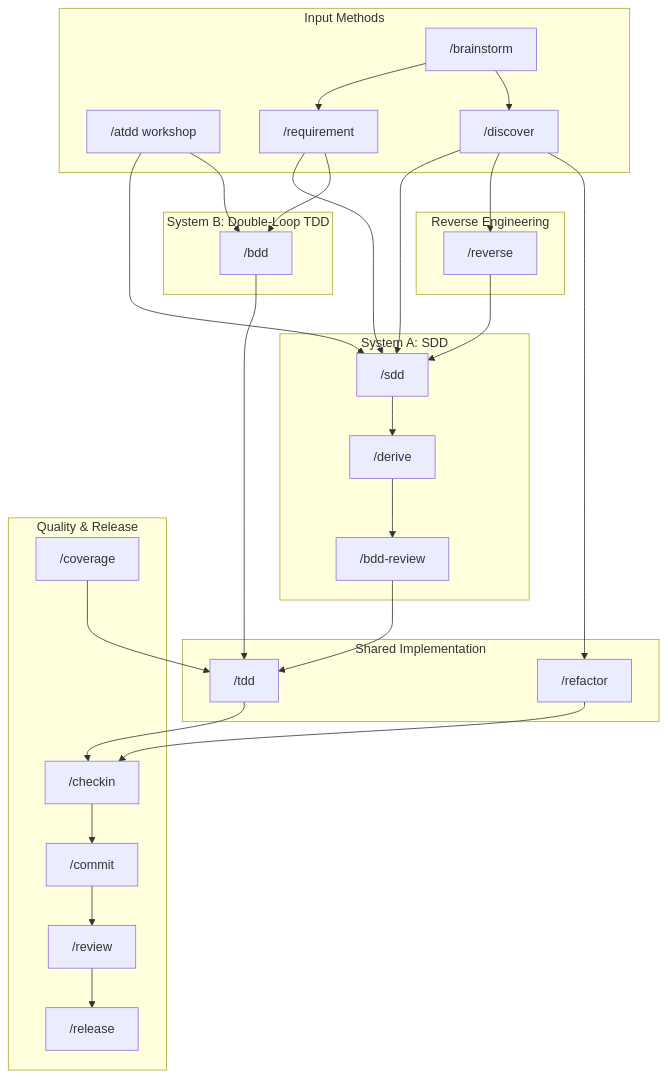
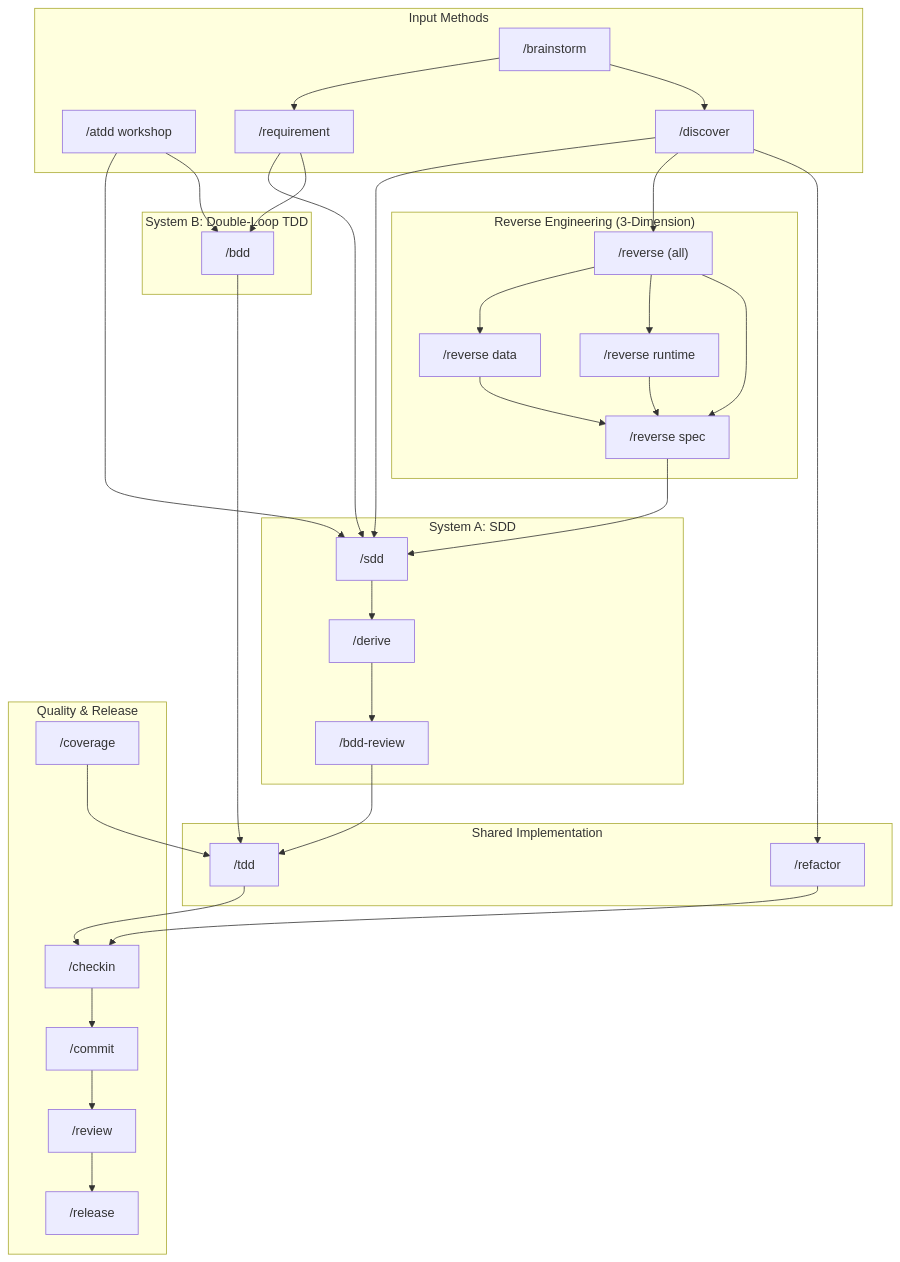
The diagram in docs/WORKFLOW-ANALYSIS.md (AsiaOstrich/universal-dev-standards), drawn with Mermaid before and after one commit. The commit also changed other lines of this file, not shown here.

Commit message:
docs(reverse): expand Mermaid diagram with 3-dimension reverse engineering sub-nodes
Align WORKFLOW-ANALYSIS.md visualization with the 3-dimension system
archeology model: /reverse (all), /reverse data, /reverse runtime,
/reverse spec. Update data flow arrows (data→spec, runtime→spec→sdd).

````diff
--- a/docs/WORKFLOW-ANALYSIS.md
+++ b/docs/WORKFLOW-ANALYSIS.md
@@ -104,62 +104,70 @@
 ```mermaid
 graph TD
     subgraph "Input Methods"
         ATDD["/atdd workshop"]
         REQ["/requirement"]
         BRAIN["/brainstorm"]
         DISC["/discover"]
     end
 
     subgraph "System A: SDD"
         SDD["/sdd"]
         DERIVE["/derive"]
         BDDREV["/bdd-review"]
     end
 
     subgraph "System B: Double-Loop TDD"
         BDD["/bdd"]
     end
 
     subgraph "Shared Implementation"
         TDD["/tdd"]
         REFACTOR["/refactor"]
     end
 
     subgraph "Quality & Release"
         CHECKIN["/checkin"]
         COMMIT["/commit"]
         REVIEW["/review"]
         RELEASE["/release"]
         COV["/coverage"]
     end
 
-    subgraph "Reverse Engineering"
-        REV["/reverse"]
+    subgraph "Reverse Engineering (3-Dimension)"
+        REV["/reverse (all)"]
+        REV_DATA["/reverse data"]
+        REV_RUNTIME["/reverse runtime"]
+        REV_SPEC["/reverse spec"]
+        REV --> REV_DATA
+        REV --> REV_RUNTIME
+        REV --> REV_SPEC
+        REV_DATA --> REV_SPEC
+        REV_RUNTIME --> REV_SPEC
     end
 
     BRAIN --> REQ
     BRAIN --> DISC
     REQ --> SDD
     REQ --> BDD
     DISC --> SDD
     DISC --> REV
     DISC --> REFACTOR
     ATDD --> SDD
     ATDD --> BDD
 
     SDD --> DERIVE
     DERIVE --> BDDREV
     BDDREV --> TDD
 
     BDD --> TDD
 
-    REV --> SDD
+    REV_SPEC --> SDD
 
     TDD --> CHECKIN
     REFACTOR --> CHECKIN
     CHECKIN --> COMMIT
     COMMIT --> REVIEW
 
     REVIEW --> RELEASE
     COV --> TDD
 ```
````
